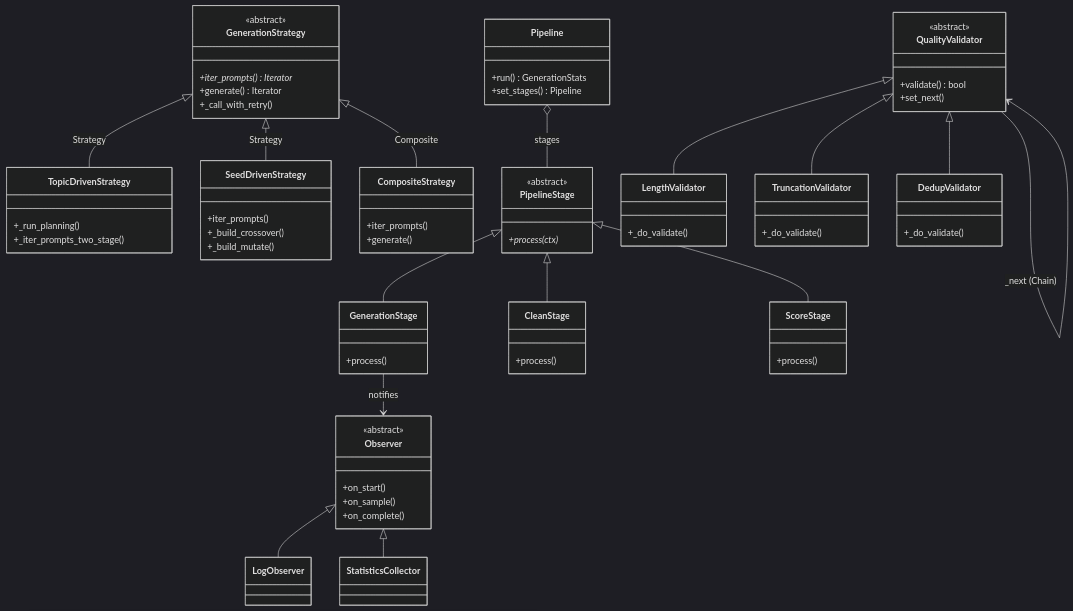
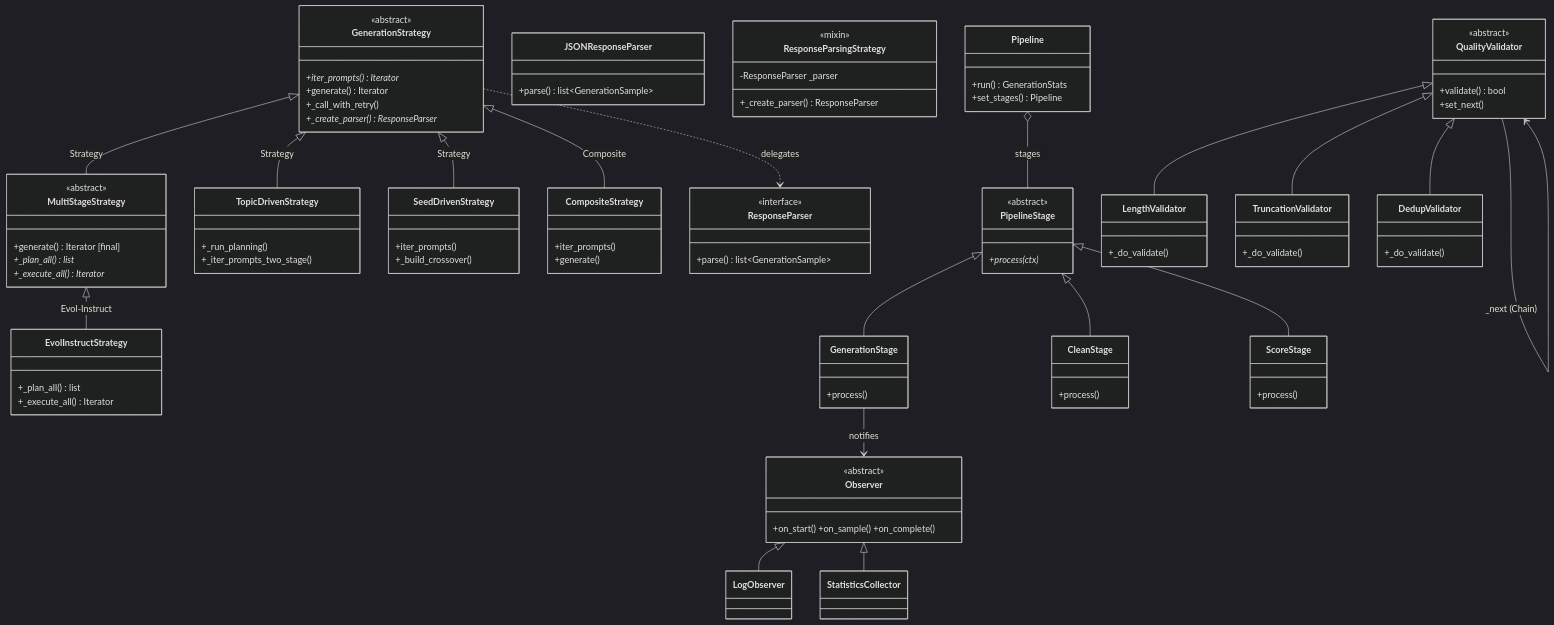
One commit to L111M1/Alembic changed the second of 3 diagrams in docs/architecture.md. Above: the diagram before and after it, drawn with Mermaid (dark theme). The commit also changed other lines of this file and 17 other files, not shown here.

First line of the commit message:
refactor: 提取 ResponseParser + 新增 MultiStageStrategy + 实现 EvolInstructStrategy

```diff
--- a/docs/architecture.md
+++ b/docs/architecture.md
@@ -98,6 +102,13 @@
         +iter_prompts()* Iterator
         +generate() Iterator
         +_call_with_retry()
+        +_create_parser()* ResponseParser
+    }
+    class MultiStageStrategy {
+        <<abstract>>
+        +generate() Iterator [final]
+        +_plan_all()* list
+        +_execute_all()* Iterator
     }
     class TopicDrivenStrategy {
         +_run_planning()
@@ -106,7 +117,10 @@
     class SeedDrivenStrategy {
         +iter_prompts()
         +_build_crossover()
-        +_build_mutate()
+    }
+    class EvolInstructStrategy {
+        +_plan_all() list
+        +_execute_all() Iterator
     }
     class CompositeStrategy {
         +iter_prompts()
@@ -115,7 +129,23 @@
 
     GenerationStrategy <|-- TopicDrivenStrategy : Strategy
     GenerationStrategy <|-- SeedDrivenStrategy : Strategy
+    GenerationStrategy <|-- MultiStageStrategy : Strategy
     GenerationStrategy <|-- CompositeStrategy : Composite
+    MultiStageStrategy <|-- EvolInstructStrategy : Evol-Instruct
+
+    class ResponseParser {
+        <<interface>>
+        +parse() list~GenerationSample~
+    }
+    class JSONResponseParser {
+        +parse() list~GenerationSample~
+    }
+    class ResponseParsingStrategy {
+        <<mixin>>
+        -ResponseParser _parser
+        +_create_parser() ResponseParser
+    }
+    GenerationStrategy ..> ResponseParser : delegates
 
     class Pipeline {
         +run() GenerationStats
@@ -125,15 +155,9 @@
         <<abstract>>
         +process(ctx)*
     }
-    class GenerationStage {
-        +process()
-    }
-    class CleanStage {
-        +process()
-    }
-    class ScoreStage {
-        +process()
-    }
+    class GenerationStage { +process() }
+    class CleanStage { +process() }
+    class ScoreStage { +process() }
 
     Pipeline o-- PipelineStage : stages
     PipelineStage <|-- GenerationStage
@@ -142,14 +166,10 @@
 
     class Observer {
         <<abstract>>
-        +on_start()
-        +on_sample()
-        +on_complete()
+        +on_start() +on_sample() +on_complete()
     }
-    class LogObserver {
-    }
-    class StatisticsCollector {
-    }
+    class LogObserver {}
+    class StatisticsCollector {}
 
     Observer <|-- LogObserver
     Observer <|-- StatisticsCollector
@@ -160,15 +180,9 @@
         +validate() bool
         +set_next()
     }
-    class LengthValidator {
-        +_do_validate()
-    }
-    class TruncationValidator {
-        +_do_validate()
-    }
-    class DedupValidator {
-        +_do_validate()
-    }
+    class LengthValidator { +_do_validate() }
+    class TruncationValidator { +_do_validate() }
+    class DedupValidator { +_do_validate() }
 
     QualityValidator <|-- LengthValidator
     QualityValidator <|-- TruncationValidator
```
